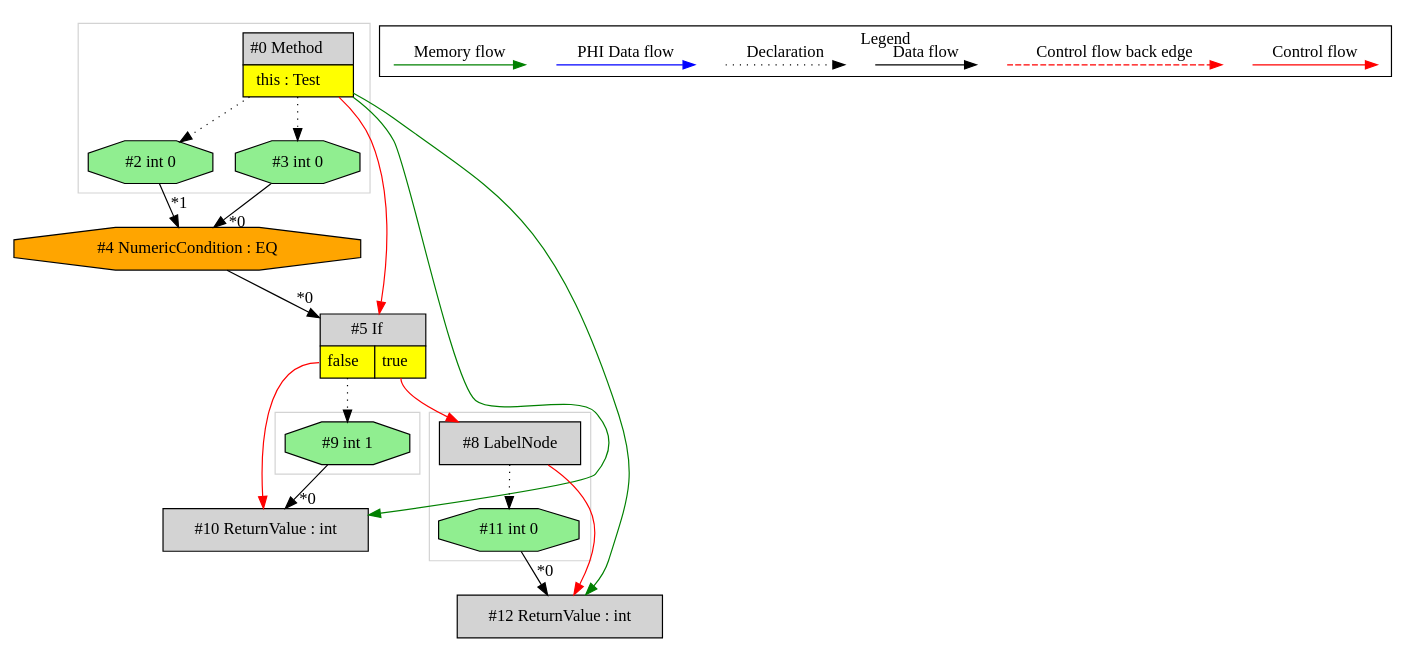
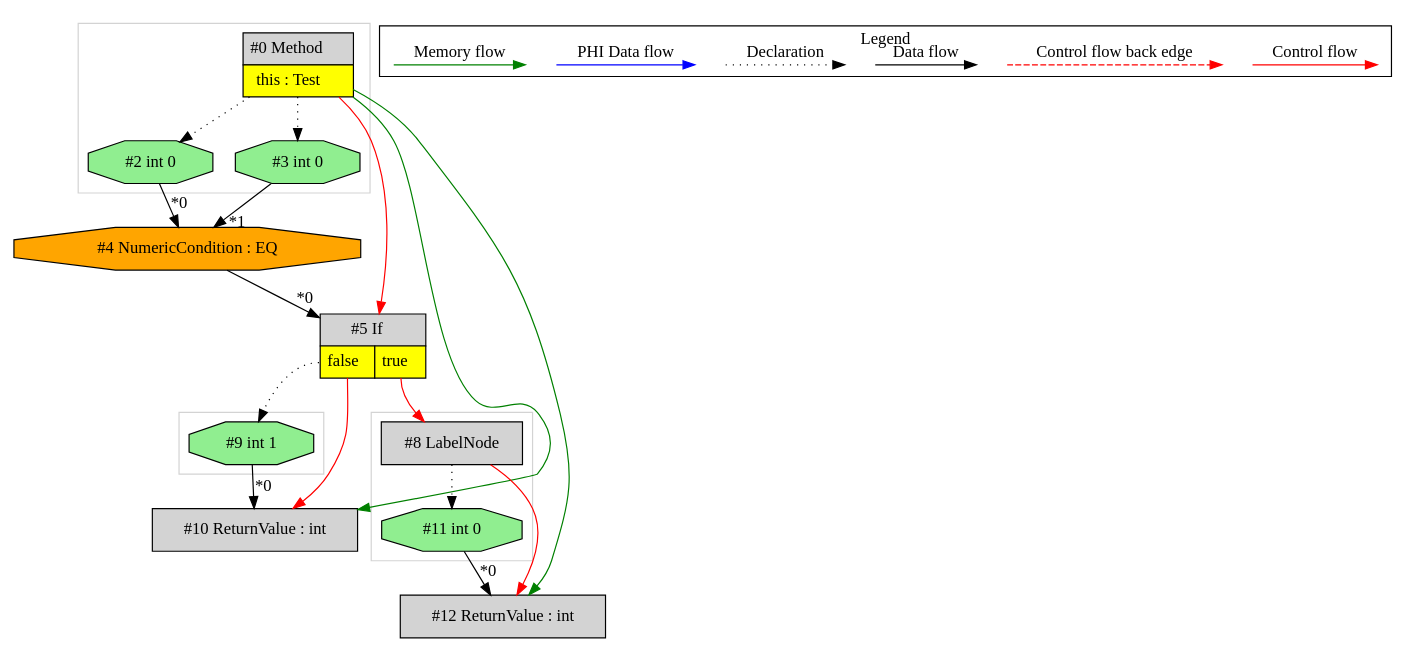
One commit to mirkosertic/MetaIR changed the diagram in de.mirkosertic.metair.ir.OpcodeIFEQTest/test_IFEQ/ir.dot. Above: the diagram before and after it, drawn with Graphviz. The commit also changed 1230 other files, not shown here.

```diff
--- a/de.mirkosertic.metair.ir.OpcodeIFEQTest/test_IFEQ/ir.dot
+++ b/de.mirkosertic.metair.ir.OpcodeIFEQTest/test_IFEQ/ir.dot
@@ -1,69 +1,69 @@
 digraph {
  ordering="in";
  node0[margin="0", label=<<table border="0" cellborder="1" cellspacing="0" cellpadding="5"><tr><td colspan="1">#0 Method</td></tr><tr><td port="prj1" bgcolor="yellow">this : Test</td></tr></table>>,shape=none, fillcolor=lightgrey, style=filled];
  node3[label="#3 int 0",shape=octagon, fillcolor=lightgreen, style=filled];
  node0 -> node3[style=dotted];
  node4[label="#4 NumericCondition : EQ",shape=octagon, fillcolor=orange, style=filled];
- node3 -> node4[headlabel="*0", labeldistance=2];
- node2 -> node4[headlabel="*1", labeldistance=2];
+ node2 -> node4[headlabel="*0", labeldistance=2];
+ node3 -> node4[headlabel="*1", labeldistance=2];
  node2[label="#2 int 0",shape=octagon, fillcolor=lightgreen, style=filled];
  node0 -> node2[style=dotted];
  node5[margin="0", label=<<table border="0" cellborder="1" cellspacing="0" cellpadding="5"><tr><td colspan="2">#5 If</td></tr><tr><td port="prj7" bgcolor="yellow">false</td><td port="prj6" bgcolor="yellow">true</td></tr></table>>,shape=none, fillcolor=lightgrey, style=filled];
  node4 -> node5[headlabel="*0", labeldistance=2];
  node0 -> node5[labeldistance=2, color=red, fontcolor=red];
- node9[label="#9 int 1",shape=octagon, fillcolor=lightgreen, style=filled];
- node5:prj7 -> node9[style=dotted];
  node10[label="#10 ReturnValue : int",shape=box, fillcolor=lightgrey, style=filled];
  node9 -> node10[headlabel="*0", labeldistance=2];
  node5:prj7 -> node10[labeldistance=2, color=red, fontcolor=red];
  node0 -> node10[labeldistance=2, color=green, constraint=false];
+ node9[label="#9 int 1",shape=octagon, fillcolor=lightgreen, style=filled];
+ node5:prj7 -> node9[style=dotted];
  node8[label="#8 LabelNode",shape=box, fillcolor=lightgrey, style=filled];
  node5:prj6 -> node8[labeldistance=2, color=red, fontcolor=red];
+ node11[label="#11 int 0",shape=octagon, fillcolor=lightgreen, style=filled];
+ node8 -> node11[style=dotted];
  node12[label="#12 ReturnValue : int",shape=box, fillcolor=lightgrey, style=filled];
  node11 -> node12[headlabel="*0", labeldistance=2];
  node8 -> node12[labeldistance=2, color=red, fontcolor=red];
  node0 -> node12[labeldistance=2, color=green, constraint=false];
- node11[label="#11 int 0",shape=octagon, fillcolor=lightgreen, style=filled];
- node8 -> node11[style=dotted];
  subgraph cluster_0 {
   color=lightgray;
   node0;
   node2;
   node3;
  }
  subgraph cluster_1 {
   color=lightgray;
   node8;
   node11;
  }
  subgraph cluster_2 {
   color=lightgray;
   node9;
  }
  subgraph cluster_000 {
   label = "Legend";
   node [shape=point]
   {
    rank=same;
    c0 [style = invis];
    c1 [style = invis];
    c2 [style = invis];
    c3 [style = invis];
    d0 [style = invis];
    d1 [style = invis];
    d2 [style = invis];
    d3 [style = invis];
    d4 [style = invis];
    d5 [style = invis];
    d6 [style = invis];
    d7 [style = invis];
   }
   c0 -> c1 [label="Control flow", style=solid, color=red]
   c2 -> c3 [label="Control flow back edge", style=dashed, color=red]
   d0 -> d1 [label="Data flow"]
   d2 -> d3 [label="Declaration", style=dotted]
   d4 -> d5 [label="PHI Data flow", color=blue]
   d6 -> d7 [label="Memory flow", color=green]
  }
 
 }
```
